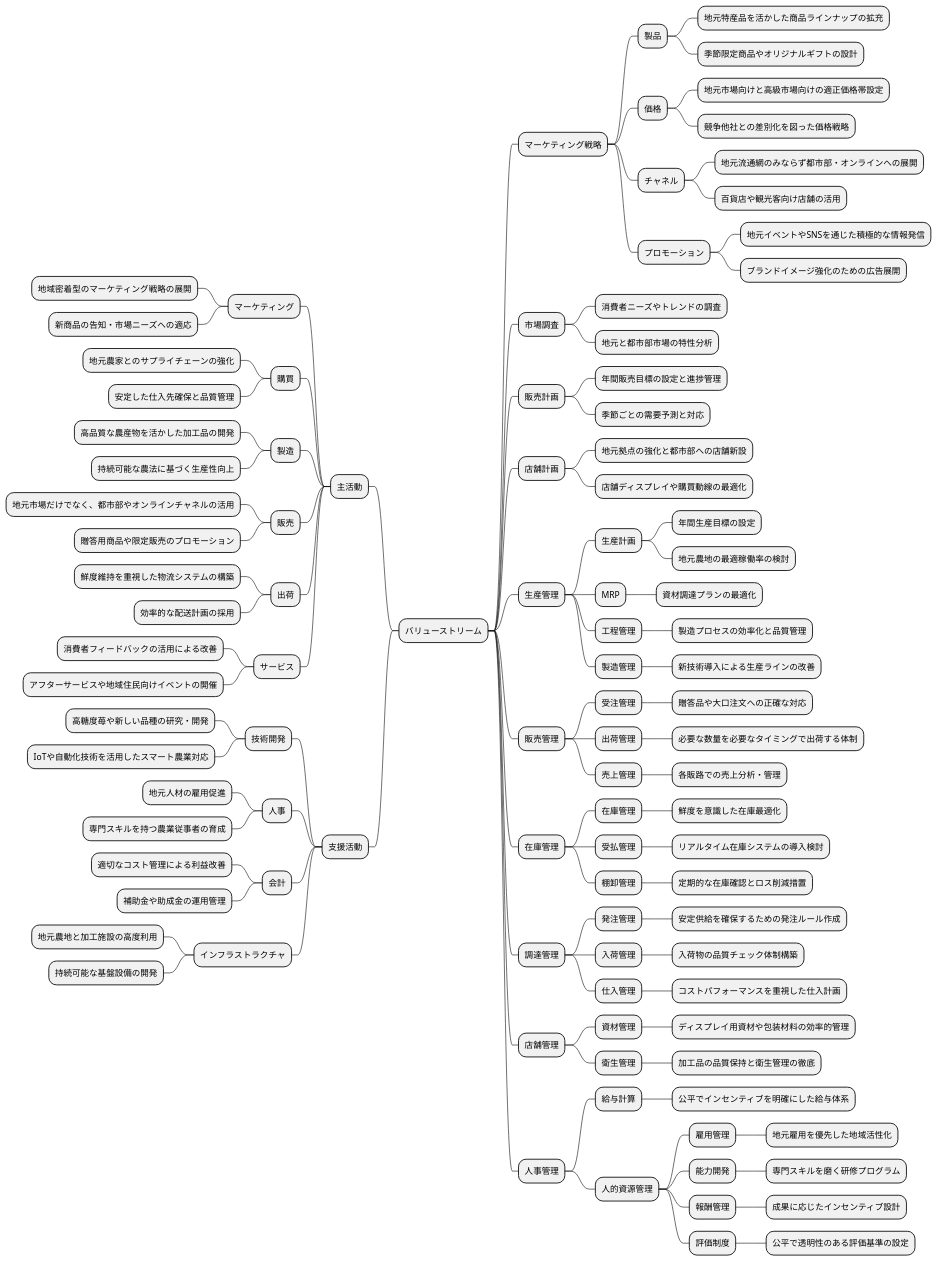
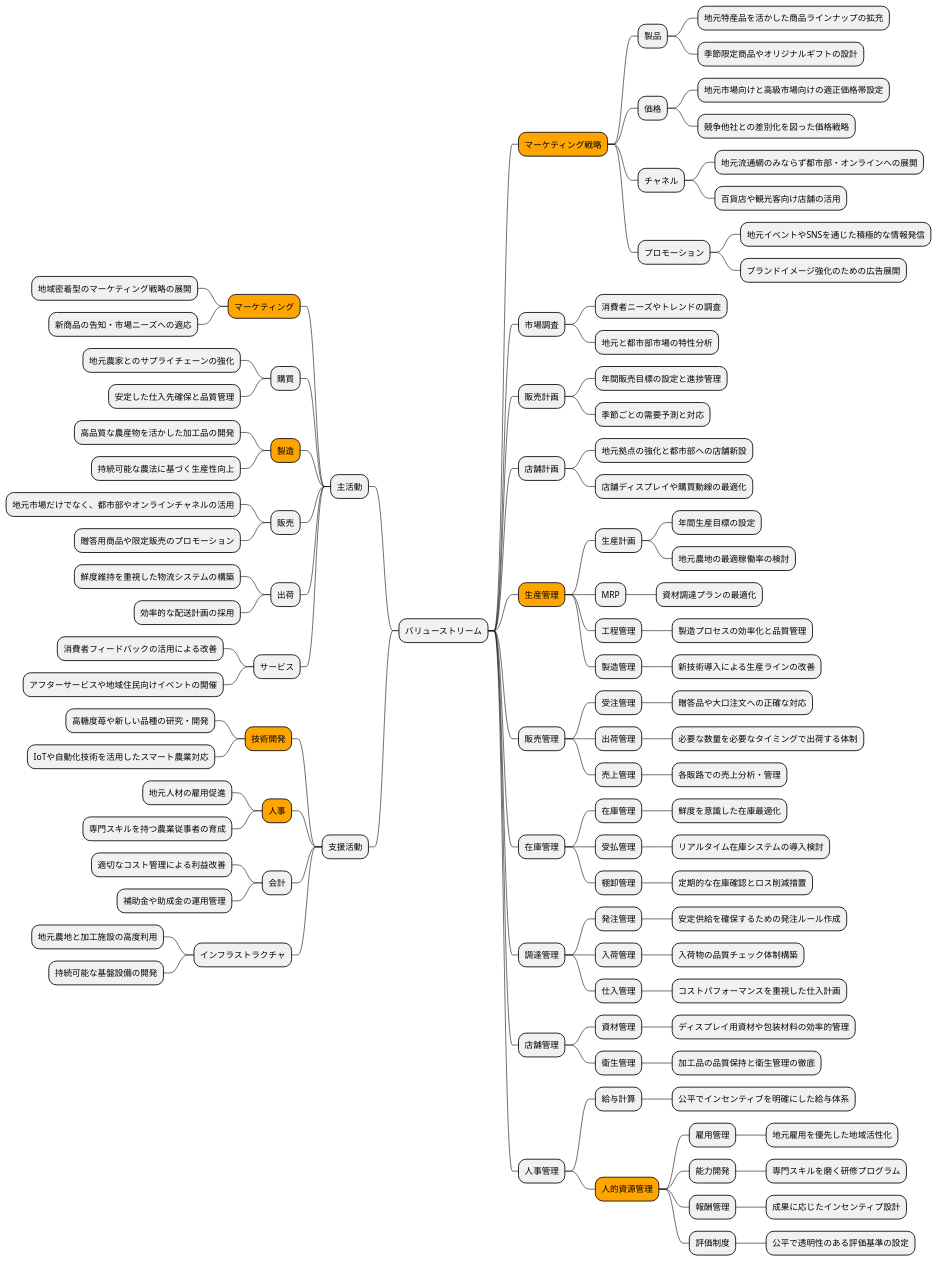
Diagram 12 of 19 in docs/case/r04_case_1.adoc (k2works/case-study-business-analysis), drawn with PlantUML before and after one commit. The commit also changed other lines of this file, not shown here.

```diff
--- a/docs/case/r04_case_1.adoc
+++ b/docs/case/r04_case_1.adoc
@@ -636,13 +647,13 @@
 * バリューストリーム
 left side
 ** 主活動
-*** マーケティング
+***[#orange] マーケティング
 **** 地域密着型のマーケティング戦略の展開
 **** 新商品の告知・市場ニーズへの適応
 *** 購買
 **** 地元農家とのサプライチェーンの強化
 **** 安定した仕入先確保と品質管理
-*** 製造
+***[#orange] 製造
 **** 高品質な農産物を活かした加工品の開発
 **** 持続可能な農法に基づく生産性向上
 *** 販売
@@ -655,10 +666,10 @@
 **** 消費者フィードバックの活用による改善
 **** アフターサービスや地域住民向けイベントの開催
 ** 支援活動
-*** 技術開発
+***[#orange] 技術開発
 **** 高糖度苺や新しい品種の研究・開発
 **** IoTや自動化技術を活用したスマート農業対応
-*** 人事
+***[#orange] 人事
 **** 地元人材の雇用促進
 **** 専門スキルを持つ農業従事者の育成
 *** 会計
@@ -668,7 +679,7 @@
 **** 地元農地と加工施設の高度利用
 **** 持続可能な基盤設備の開発
 right side
-** マーケティング戦略
+**[#orange] マーケティング戦略
 *** 製品
 **** 地元特産品を活かした商品ラインナップの拡充
 **** 季節限定商品やオリジナルギフトの設計
@@ -690,7 +701,7 @@
 ** 店舗計画
 *** 地元拠点の強化と都市部への店舗新設
 *** 店舗ディスプレイや購買動線の最適化
-** 生産管理
+**[#orange] 生産管理
 *** 生産計画
 **** 年間生産目標の設定
 **** 地元農地の最適稼働率の検討
@@ -729,7 +740,7 @@
 ** 人事管理
 *** 給与計算
 **** 公平でインセンティブを明確にした給与体系
-*** 人的資源管理
+***[#orange] 人的資源管理
 **** 雇用管理
 ***** 地元雇用を優先した地域活性化
 **** 能力開発
```
